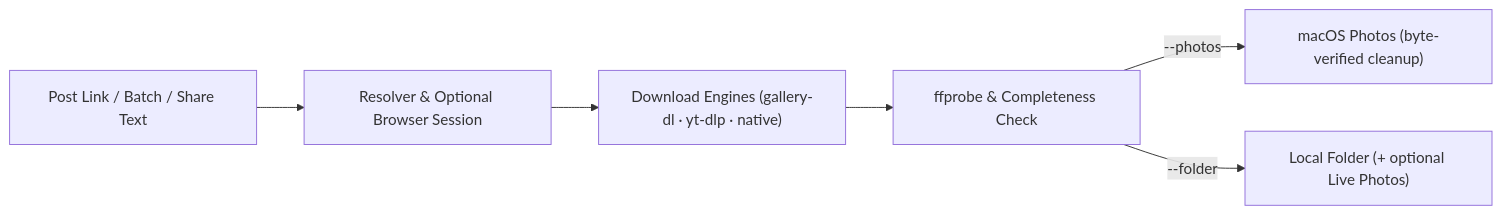
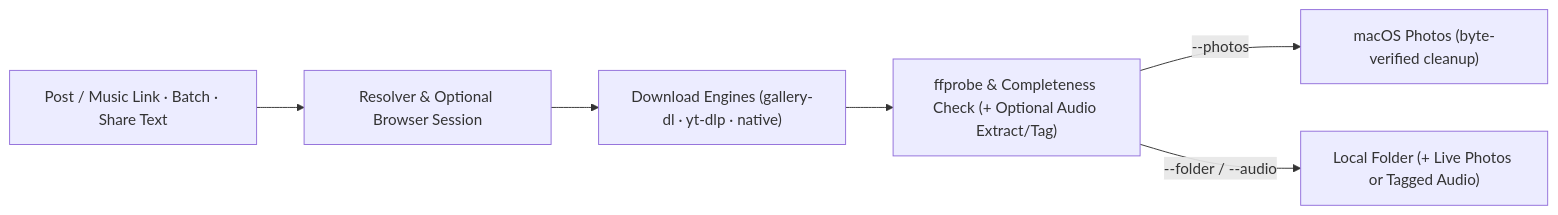
The diagram in README.md (Popcornnnnnnnn/linkget), drawn with Mermaid before and after one commit. The commit also changed other lines of this file and 18 other files, not shown here.

First line of the commit message:
[Linkget] Add audio and music downloads

````diff
--- a/README.md
+++ b/README.md
@@ -6,8 +6,8 @@
 ```mermaid
 flowchart LR
-    A["Post Link / Batch / Share Text"] --> B["Resolver & Optional Browser Session"]
+    A["Post / Music Link · Batch · Share Text"] --> B["Resolver & Optional Browser Session"]
     B --> C["Download Engines (gallery-dl · yt-dlp · native)"]
-    C --> D["ffprobe & Completeness Check"]
+    C --> D["ffprobe & Completeness Check (+ Optional Audio Extract/Tag)"]
     D -->|"--photos"| E["macOS Photos (byte-verified cleanup)"]
-    D -->|"--folder"| F["Local Folder (+ optional Live Photos)"]
+    D -->|"--folder / --audio"| F["Local Folder (+ Live Photos or Tagged Audio)"]
 ```
````
